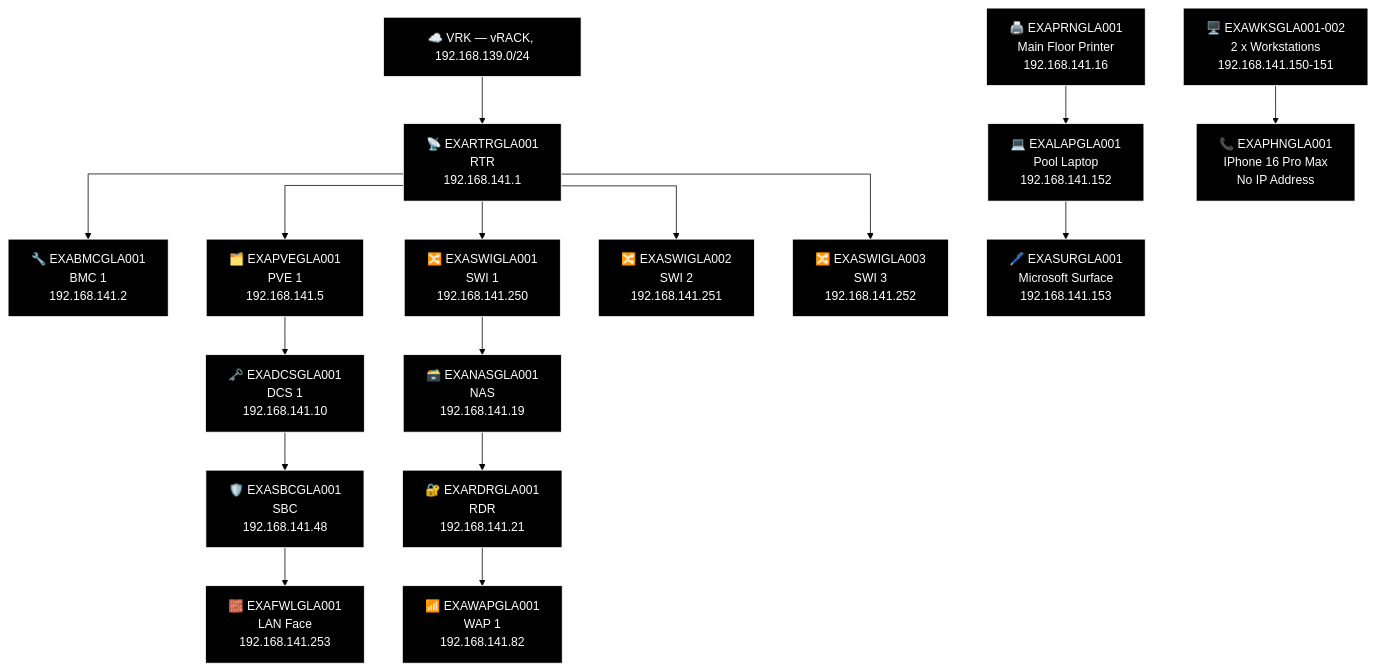
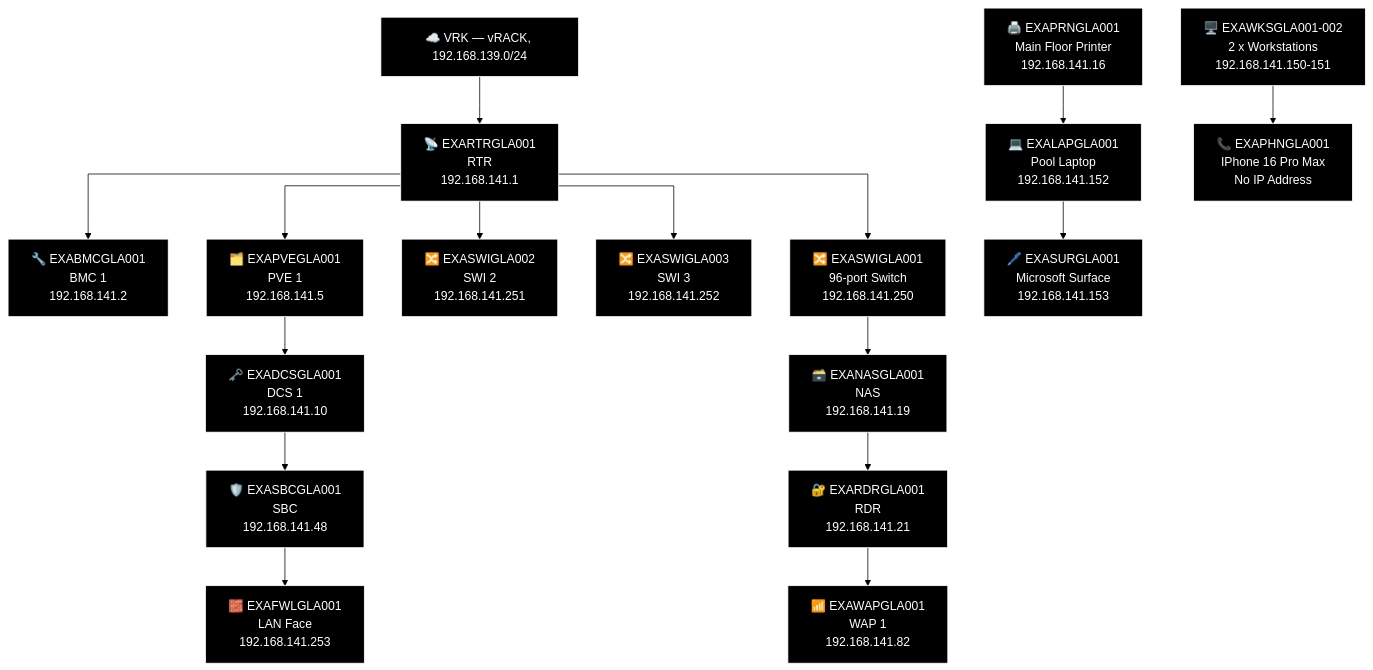
The ninth of 21 diagrams in docs/network-diagram/scotland.md (knightmare2600/example_music_infra), drawn with Mermaid (forest theme) before and after one commit. The commit also changed other lines of this file and 20 other files, not shown here.

````diff
--- a/docs/network-diagram/scotland.md
+++ b/docs/network-diagram/scotland.md
@@ -573,52 +573,52 @@
 ```mermaid
 %% GENERATED:TOPOLOGY:GLA:START
 %%{init: {'flowchart': {'curve': 'stepAfter'}}}%%
 graph TD
     T_VRK["☁️ VRK — vRACK, 192.168.139.0/24"]
     T_RTR["📡 EXARTRGLA001<br/>RTR<br/>192.168.141.1"]
     T_VRK --> T_RTR
     T_BMC["🔧 EXABMCGLA001<br/>BMC 1<br/>192.168.141.2"]
     T_RTR --> T_BMC
     T_PVE["🗂️ EXAPVEGLA001<br/>PVE 1<br/>192.168.141.5"]
     T_RTR --> T_PVE
-    T_SWI["🔀 EXASWIGLA001<br/>SWI 1<br/>192.168.141.250"]
+    T_SWI["🔀 EXASWIGLA002<br/>SWI 2<br/>192.168.141.251"]
     T_RTR --> T_SWI
-    T_SWI2["🔀 EXASWIGLA002<br/>SWI 2<br/>192.168.141.251"]
+    T_SWI2["🔀 EXASWIGLA003<br/>SWI 3<br/>192.168.141.252"]
     T_RTR --> T_SWI2
-    T_SWI3["🔀 EXASWIGLA003<br/>SWI 3<br/>192.168.141.252"]
+    T_SWI3["🔀 EXASWIGLA001<br/>96-port Switch<br/>192.168.141.250"]
     T_RTR --> T_SWI3
     T_NAS["🗃️ EXANASGLA001<br/>NAS<br/>192.168.141.19"]
     T_RDR["🔐 EXARDRGLA001<br/>RDR<br/>192.168.141.21"]
     T_WAP["📶 EXAWAPGLA001<br/>WAP 1<br/>192.168.141.82"]
-    T_SWI --> T_NAS --> T_RDR --> T_WAP
+    T_SWI3 --> T_NAS --> T_RDR --> T_WAP
     T_DCS["🗝️ EXADCSGLA001<br/>DCS 1<br/>192.168.141.10"]
     T_SBC["🛡️ EXASBCGLA001<br/>SBC<br/>192.168.141.48"]
     T_FWL["🧱 EXAFWLGLA001<br/>LAN Face<br/>192.168.141.253"]
     T_PVE --> T_DCS --> T_SBC --> T_FWL
     T_PRN["🖨️ EXAPRNGLA001<br/>Main Floor Printer<br/>192.168.141.16"]
     T_OTH_WKS["🖥️ EXAWKSGLA001-002<br/>2 x Workstations<br/>192.168.141.150-151"]
     T_LAP["💻 EXALAPGLA001<br/>Pool Laptop<br/>192.168.141.152"]
     T_PHN["📞 EXAPHNGLA001<br/>IPhone 16 Pro Max<br/>No IP Address"]
     T_SUR["🖊️ EXASURGLA001<br/>Microsoft Surface<br/>192.168.141.153"]
     T_PRN --> T_LAP --> T_SUR
     T_OTH_WKS --> T_PHN
     style T_VRK fill:#000000,stroke:#FFFFFF,color:#FFFFFF
     style T_RTR fill:#000000,stroke:#FFFFFF,color:#FFFFFF
     style T_BMC fill:#000000,stroke:#FFFFFF,color:#FFFFFF
     style T_PVE fill:#000000,stroke:#FFFFFF,color:#FFFFFF
     style T_SWI fill:#000000,stroke:#FFFFFF,color:#FFFFFF
     style T_SWI2 fill:#000000,stroke:#FFFFFF,color:#FFFFFF
     style T_SWI3 fill:#000000,stroke:#FFFFFF,color:#FFFFFF
     style T_NAS fill:#000000,stroke:#FFFFFF,color:#FFFFFF
     style T_RDR fill:#000000,stroke:#FFFFFF,color:#FFFFFF
     style T_WAP fill:#000000,stroke:#FFFFFF,color:#FFFFFF
     style T_DCS fill:#000000,stroke:#FFFFFF,color:#FFFFFF
     style T_SBC fill:#000000,stroke:#FFFFFF,color:#FFFFFF
     style T_FWL fill:#000000,stroke:#FFFFFF,color:#FFFFFF
     style T_PRN fill:#000000,stroke:#FFFFFF,color:#FFFFFF
     style T_OTH_WKS fill:#000000,stroke:#FFFFFF,color:#FFFFFF
     style T_LAP fill:#000000,stroke:#FFFFFF,color:#FFFFFF
     style T_PHN fill:#000000,stroke:#FFFFFF,color:#FFFFFF
     style T_SUR fill:#000000,stroke:#FFFFFF,color:#FFFFFF
 %% GENERATED:TOPOLOGY:GLA:END
 ```
````
